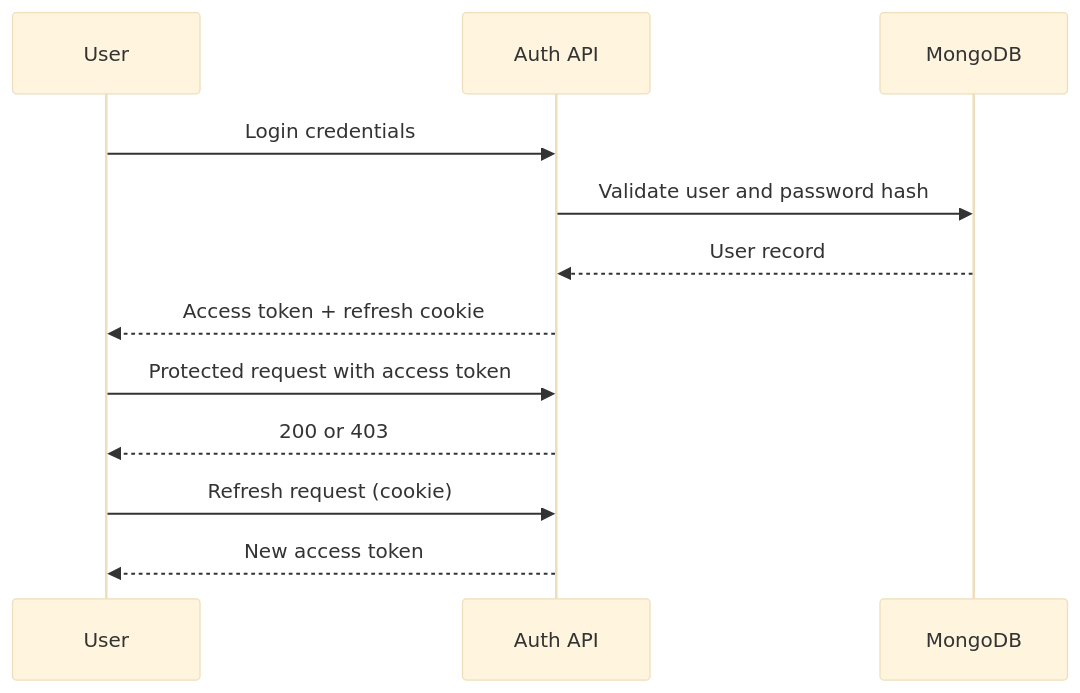
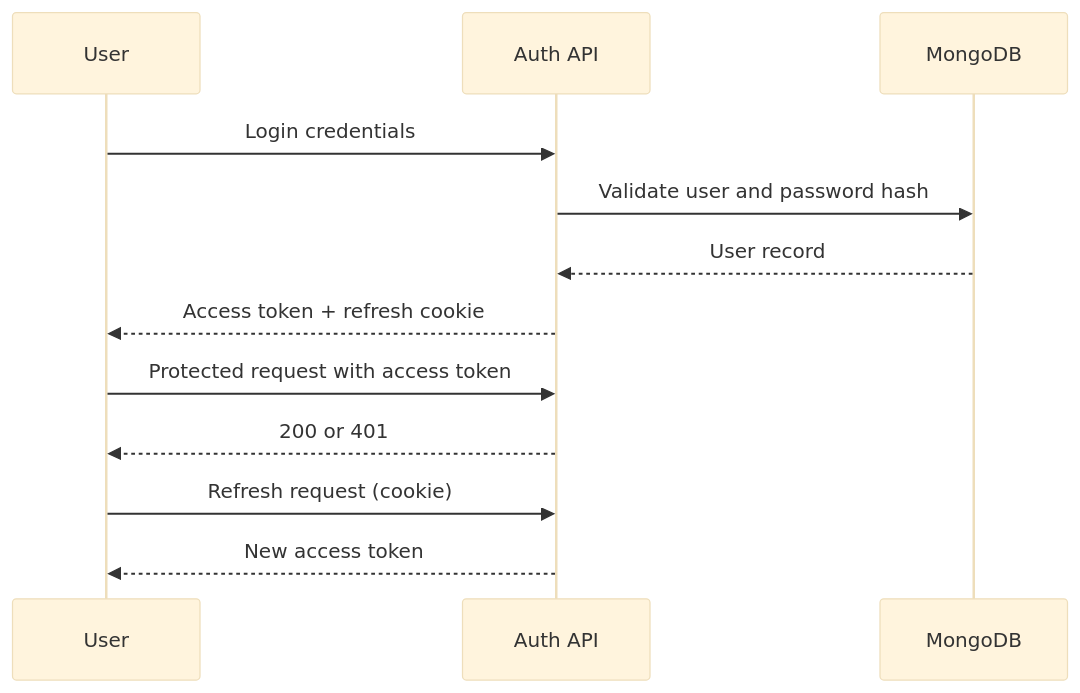
Before and after one commit to martintrifunov/student-obrok: the diagram in apps/docs/backend/auth-security.md, drawn with Mermaid (base theme). The commit also changed other lines of this file and 10 other files, not shown here.

````diff
--- a/apps/docs/backend/auth-security.md
+++ b/apps/docs/backend/auth-security.md
@@ -15,14 +15,14 @@
 ```mermaid
 sequenceDiagram
   participant U as User
   participant API as Auth API
   participant DB as MongoDB
   U->>API: Login credentials
   API->>DB: Validate user and password hash
   DB-->>API: User record
   API-->>U: Access token + refresh cookie
   U->>API: Protected request with access token
-  API-->>U: 200 or 403
+  API-->>U: 200 or 401
   U->>API: Refresh request (cookie)
   API-->>U: New access token
 ```
````
